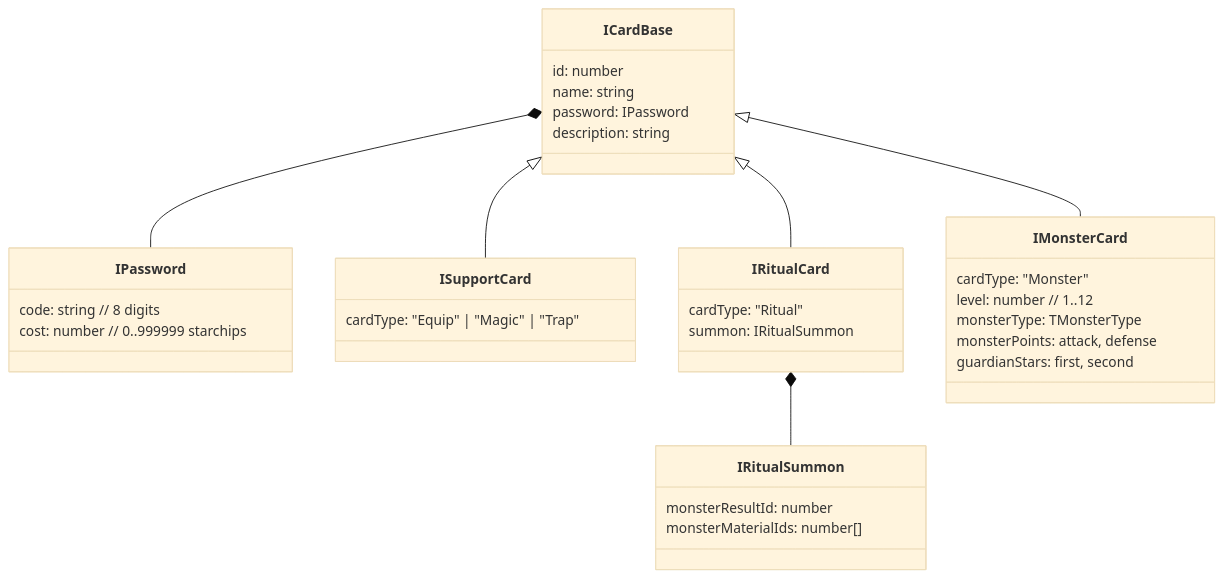
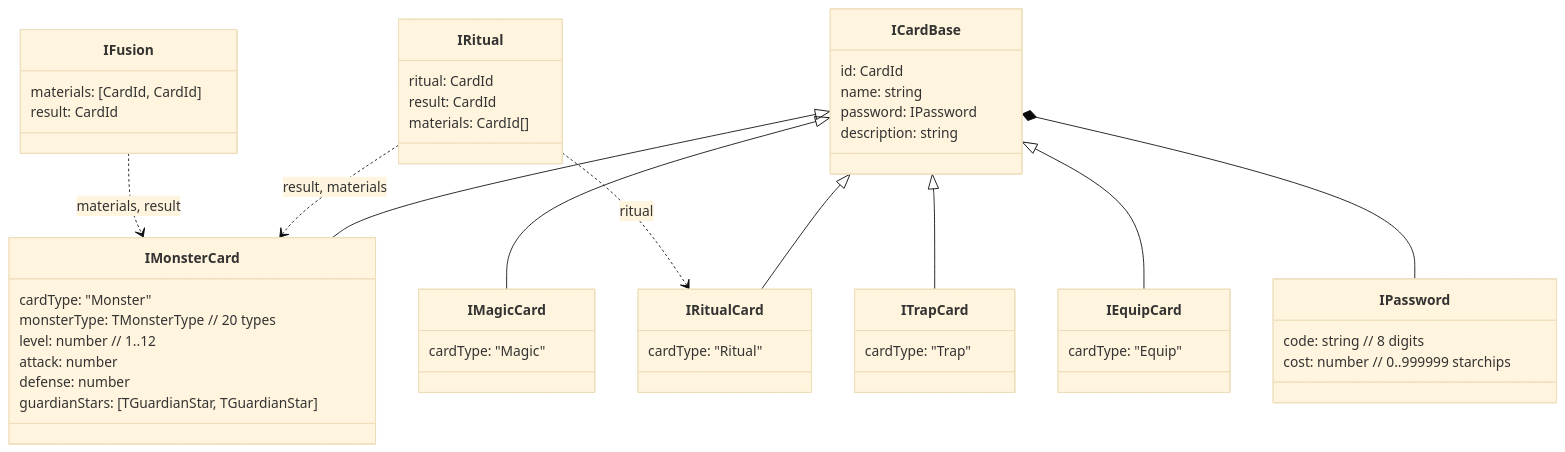
One commit to mhsalves/yugioh-fb-catalog changed the second of 3 diagrams in docs/ARCHITECTURE.md. Above: the diagram before and after it, drawn with Mermaid (base theme). The commit also changed other lines of this file and 5 other files, not shown here.

````diff
--- a/docs/ARCHITECTURE.md
+++ b/docs/ARCHITECTURE.md
@@ -94,36 +99,43 @@
 ```mermaid
 classDiagram
     class ICardBase {
-        id: number
+        id: CardId
         name: string
         password: IPassword
         description: string
     }
     class IPassword {
         code: string  // 8 digits
         cost: number  // 0..999999 starchips
     }
-    class ISupportCard {
-        cardType: "Equip" | "Magic" | "Trap"
-    }
-    class IRitualCard {
-        cardType: "Ritual"
-        summon: IRitualSummon
-    }
-    class IRitualSummon {
-        monsterResultId: number
-        monsterMaterialIds: number[]
-    }
     class IMonsterCard {
         cardType: "Monster"
+        monsterType: TMonsterType  // 20 types
         level: number  // 1..12
-        monsterType: TMonsterType
-        monsterPoints: attack, defense
-        guardianStars: first, second
+        attack: number
+        defense: number
+        guardianStars: [TGuardianStar, TGuardianStar]
     }
-    ICardBase <|-- ISupportCard
+    class IMagicCard { cardType: "Magic" }
+    class ITrapCard { cardType: "Trap" }
+    class IEquipCard { cardType: "Equip" }
+    class IRitualCard { cardType: "Ritual" }
+    class IRitual {
+        ritual: CardId
+        result: CardId
+        materials: CardId[]
+    }
+    class IFusion {
+        materials: [CardId, CardId]
+        result: CardId
+    }
+    ICardBase <|-- IMonsterCard
+    ICardBase <|-- IMagicCard
+    ICardBase <|-- ITrapCard
+    ICardBase <|-- IEquipCard
     ICardBase <|-- IRitualCard
-    ICardBase <|-- IMonsterCard
     ICardBase *-- IPassword
-    IRitualCard *-- IRitualSummon
+    IRitual ..> IRitualCard : ritual
+    IRitual ..> IMonsterCard : result, materials
+    IFusion ..> IMonsterCard : materials, result
 ```
````
